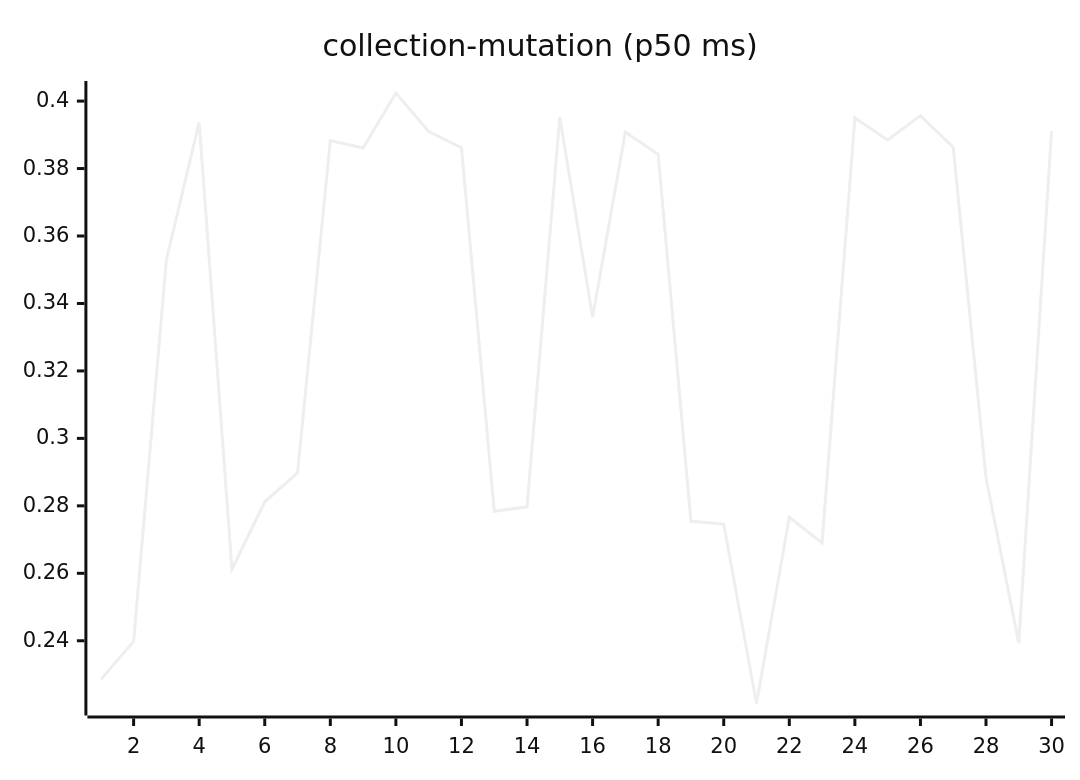
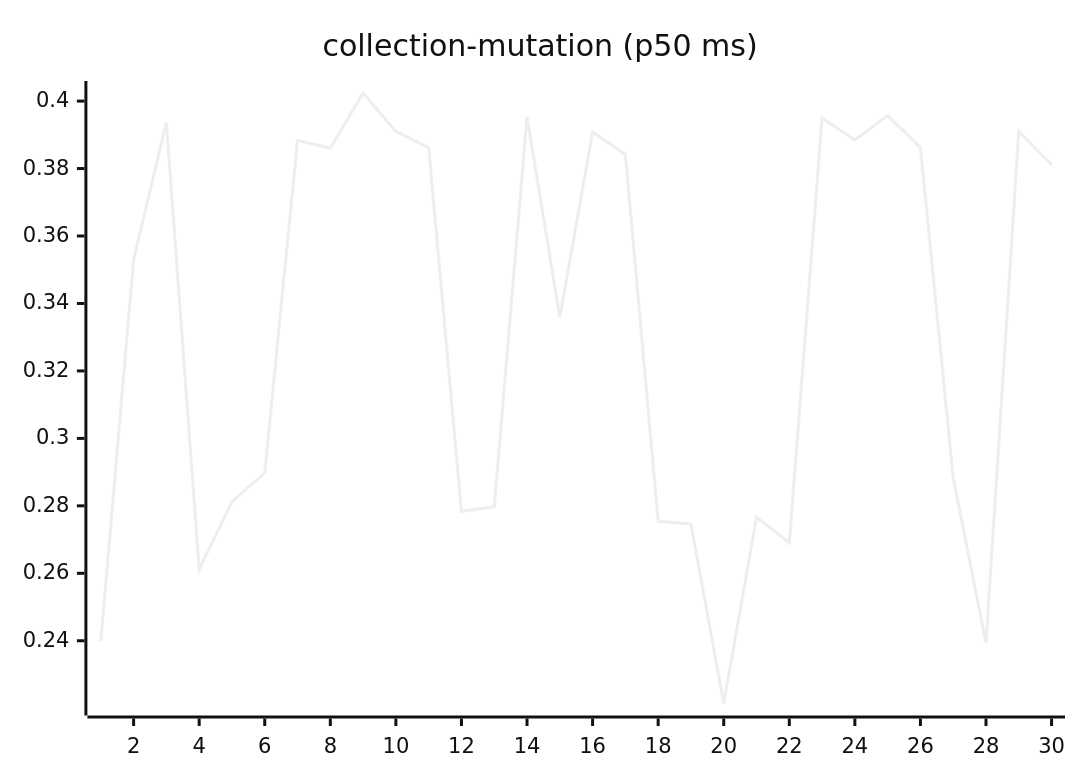
Before and after one commit to josha/Facet: the sixth of 27 diagrams in README.md, drawn with Mermaid (neutral theme). The commit also changed other lines of this file and 2 other files, not shown here.

````diff
--- a/README.md
+++ b/README.md
@@ -98,6 +98,6 @@
 ```mermaid
 xychart-beta
     title "collection-mutation (p50 ms)"
     x-axis 1 --> 30
-    line [0.2285, 0.2398, 0.3530, 0.3937, 0.2612, 0.2812, 0.2898, 0.3883, 0.3861, 0.4024, 0.3910, 0.3862, 0.2784, 0.2797, 0.3953, 0.3359, 0.3908, 0.3842, 0.2754, 0.2746, 0.2214, 0.2766, 0.2690, 0.3950, 0.3885, 0.3957, 0.3863, 0.2883, 0.2393, 0.3911]
+    line [0.2398, 0.3530, 0.3937, 0.2612, 0.2812, 0.2898, 0.3883, 0.3861, 0.4024, 0.3910, 0.3862, 0.2784, 0.2797, 0.3953, 0.3359, 0.3908, 0.3842, 0.2754, 0.2746, 0.2214, 0.2766, 0.2690, 0.3950, 0.3885, 0.3957, 0.3863, 0.2883, 0.2393, 0.3911, 0.3811]
 ```
````
